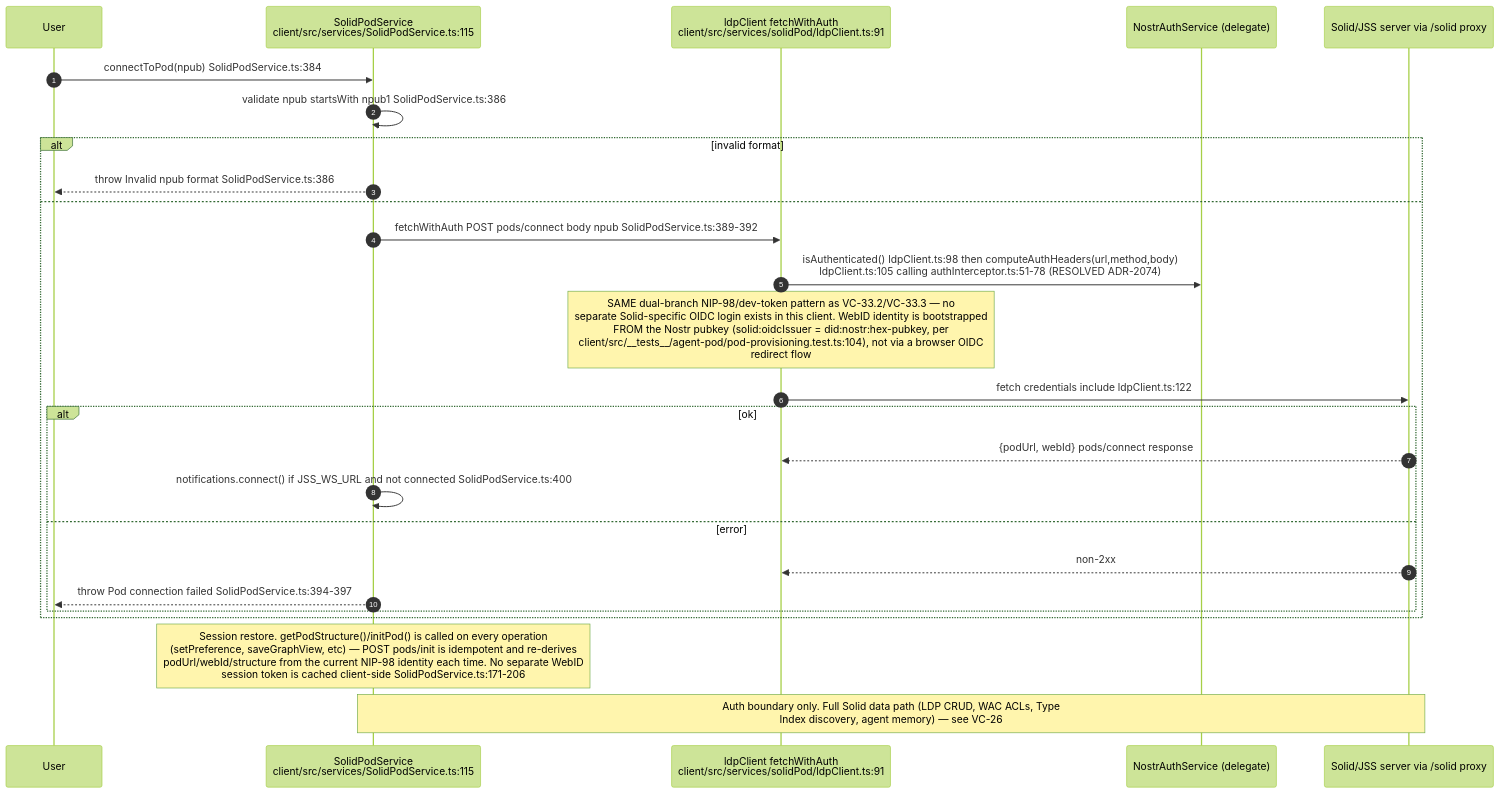
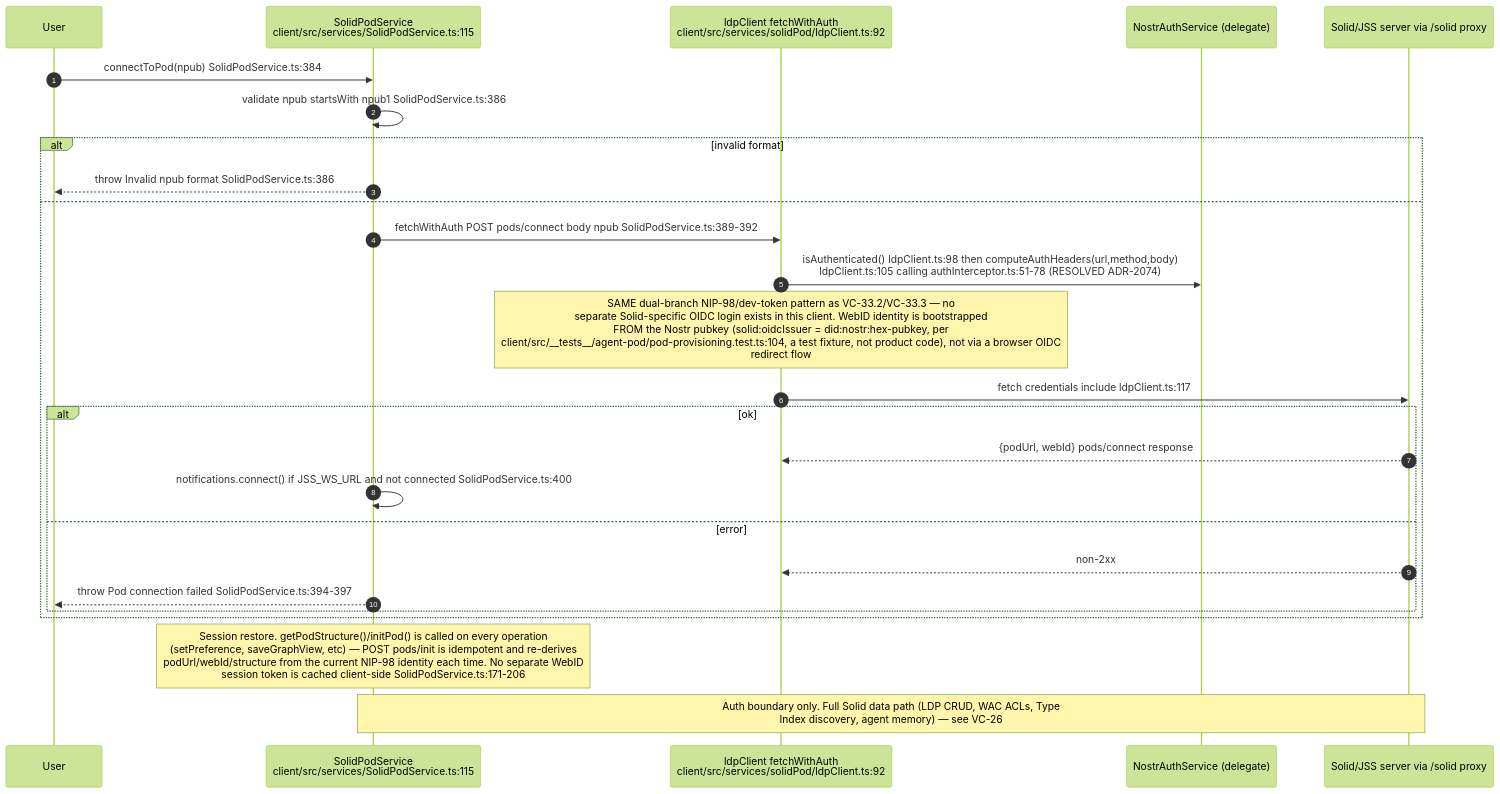
One commit to DreamLab-AI/VisionFlow changed the seventh of 8 diagrams in docs/diagrams/visionclaw/33-client-auth-and-identity.md. Above: the diagram before and after it, drawn with Mermaid (forest theme). The commit also changed other lines of this file and 173 other files, not shown here.

````diff
--- a/docs/diagrams/visionclaw/33-client-auth-and-identity.md
+++ b/docs/diagrams/visionclaw/33-client-auth-and-identity.md
@@ -333,30 +335,30 @@
 ```mermaid
 sequenceDiagram
     autonumber
     participant U as User
     participant SPS as SolidPodService<br/>client/src/services/SolidPodService.ts:115
-    participant LDP as ldpClient fetchWithAuth<br/>client/src/services/solidPod/ldpClient.ts:91
+    participant LDP as ldpClient fetchWithAuth<br/>client/src/services/solidPod/ldpClient.ts:92
     participant NA as NostrAuthService (delegate)
     participant S as Solid/JSS server via /solid proxy
 
     U->>SPS: connectToPod(npub) SolidPodService.ts:384
     SPS->>SPS: validate npub startsWith npub1 SolidPodService.ts:386
     alt invalid format
         SPS-->>U: throw Invalid npub format SolidPodService.ts:386
     else
         SPS->>LDP: fetchWithAuth POST pods/connect body npub SolidPodService.ts:389-392
         LDP->>NA: isAuthenticated() ldpClient.ts:98 then computeAuthHeaders(url,method,body)<br/>ldpClient.ts:105 calling authInterceptor.ts:51-78 (RESOLVED ADR-2074)
-        Note over LDP: SAME dual-branch NIP-98/dev-token pattern as VC-33.2/VC-33.3 — no<br/>separate Solid-specific OIDC login exists in this client. WebID identity is bootstrapped<br/>FROM the Nostr pubkey (solid:oidcIssuer = did:nostr:hex-pubkey, per<br/>client/src/__tests__/agent-pod/pod-provisioning.test.ts:104), not via a browser OIDC<br/>redirect flow
-        LDP->>S: fetch credentials include ldpClient.ts:122
+        Note over LDP: SAME dual-branch NIP-98/dev-token pattern as VC-33.2/VC-33.3 — no<br/>separate Solid-specific OIDC login exists in this client. WebID identity is bootstrapped<br/>FROM the Nostr pubkey (solid:oidcIssuer = did:nostr:hex-pubkey, per<br/>client/src/__tests__/agent-pod/pod-provisioning.test.ts:104, a test fixture, not product code), not via a browser OIDC<br/>redirect flow
+        LDP->>S: fetch credentials include ldpClient.ts:117
         alt ok
             S-->>LDP: {podUrl, webId} pods/connect response
             SPS->>SPS: notifications.connect() if JSS_WS_URL and not connected SolidPodService.ts:400
         else error
             S-->>LDP: non-2xx
             SPS-->>U: throw Pod connection failed SolidPodService.ts:394-397
         end
     end
 
     Note over SPS: Session restore. getPodStructure()/initPod() is called on every operation<br/>(setPreference, saveGraphView, etc) — POST pods/init is idempotent and re-derives<br/>podUrl/webId/structure from the current NIP-98 identity each time. No separate WebID<br/>session token is cached client-side SolidPodService.ts:171-206
     Note over SPS,S: Auth boundary only. Full Solid data path (LDP CRUD, WAC ACLs, Type<br/>Index discovery, agent memory) — see VC-26
 ```
````
